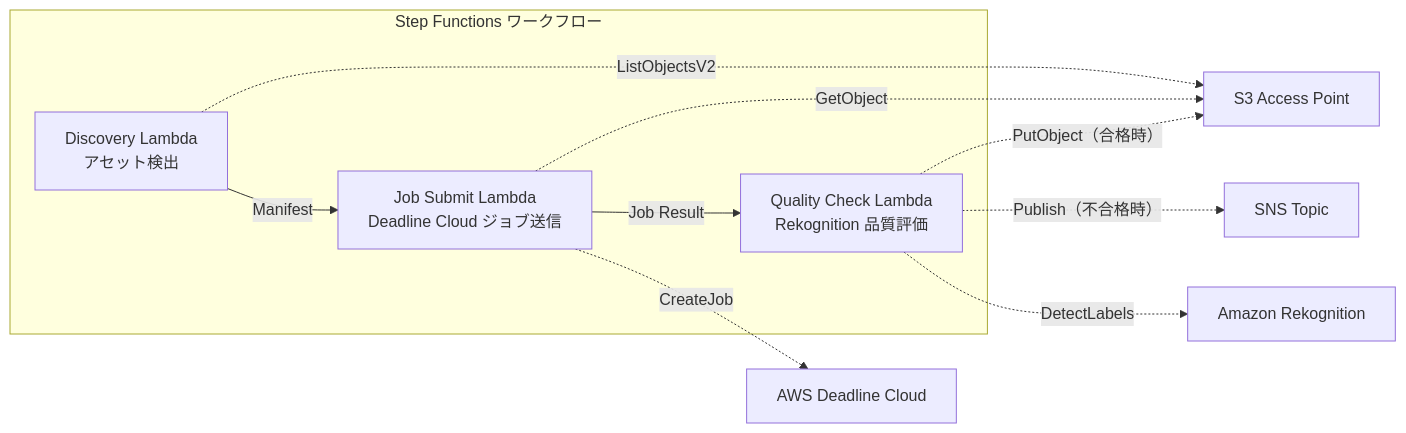
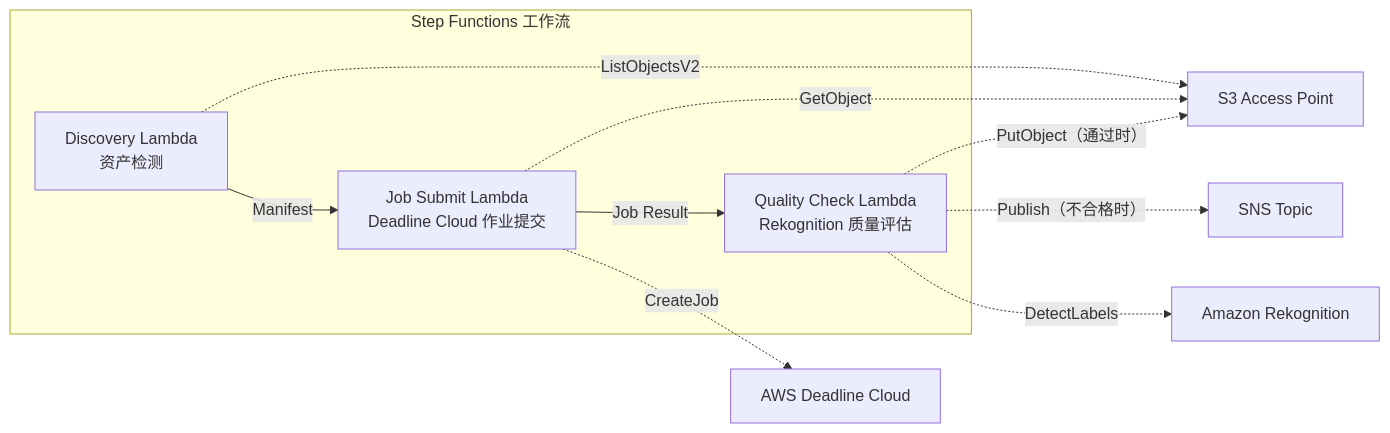
One commit to Yoshiki0705/FSx-for-ONTAP-S3AccessPoints-Serverless-Patterns changed the diagram in solutions/industry/media-vfx/README.zh-CN.md. Above: the diagram before and after it, drawn with Mermaid. The commit also changed other lines of this file and 20 other files, not shown here.

````diff
--- a/solutions/industry/media-vfx/README.zh-CN.md
+++ b/solutions/industry/media-vfx/README.zh-CN.md
@@ -28,18 +52,18 @@
 ```mermaid
 graph LR
-    subgraph "Step Functions ワークフロー"
-        D[Discovery Lambda<br/>アセット検出]
-        JS[Job Submit Lambda<br/>Deadline Cloud ジョブ送信]
-        QC[Quality Check Lambda<br/>Rekognition 品質評価]
+    subgraph "Step Functions 工作流"
+        D[Discovery Lambda<br/>资产检测]
+        JS[Job Submit Lambda<br/>Deadline Cloud 作业提交]
+        QC[Quality Check Lambda<br/>Rekognition 质量评估]
     end
 
     D -->|Manifest| JS
     JS -->|Job Result| QC
 
     D -.->|ListObjectsV2| S3AP[S3 Access Point]
     JS -.->|GetObject| S3AP
     JS -.->|CreateJob| DC[AWS Deadline Cloud]
     QC -.->|DetectLabels| Rekognition[Amazon Rekognition]
-    QC -.->|PutObject（合格時）| S3AP
-    QC -.->|Publish（不合格時）| SNS[SNS Topic]
+    QC -.->|PutObject（通过时）| S3AP
+    QC -.->|Publish（不合格时）| SNS[SNS Topic]
 ```
````
